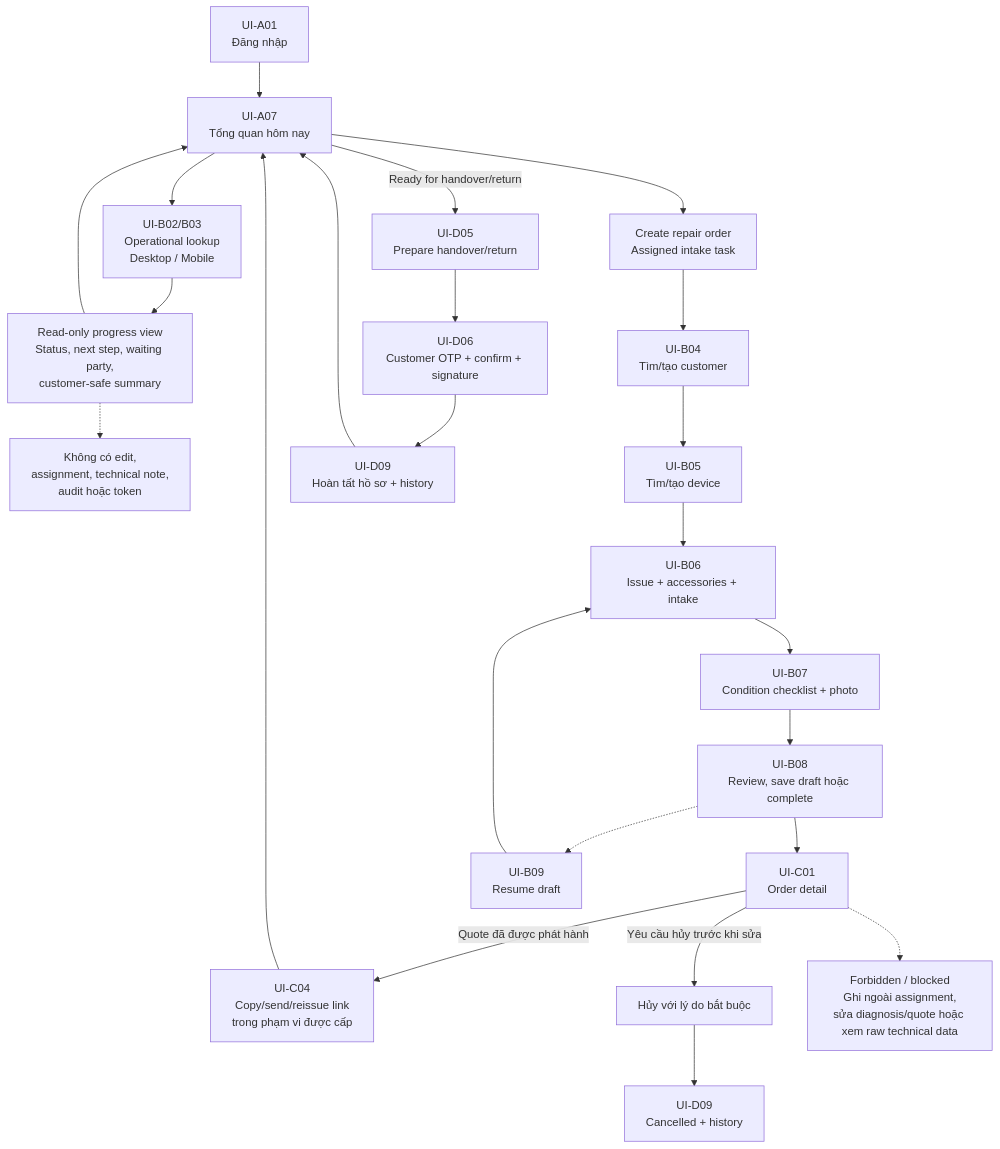
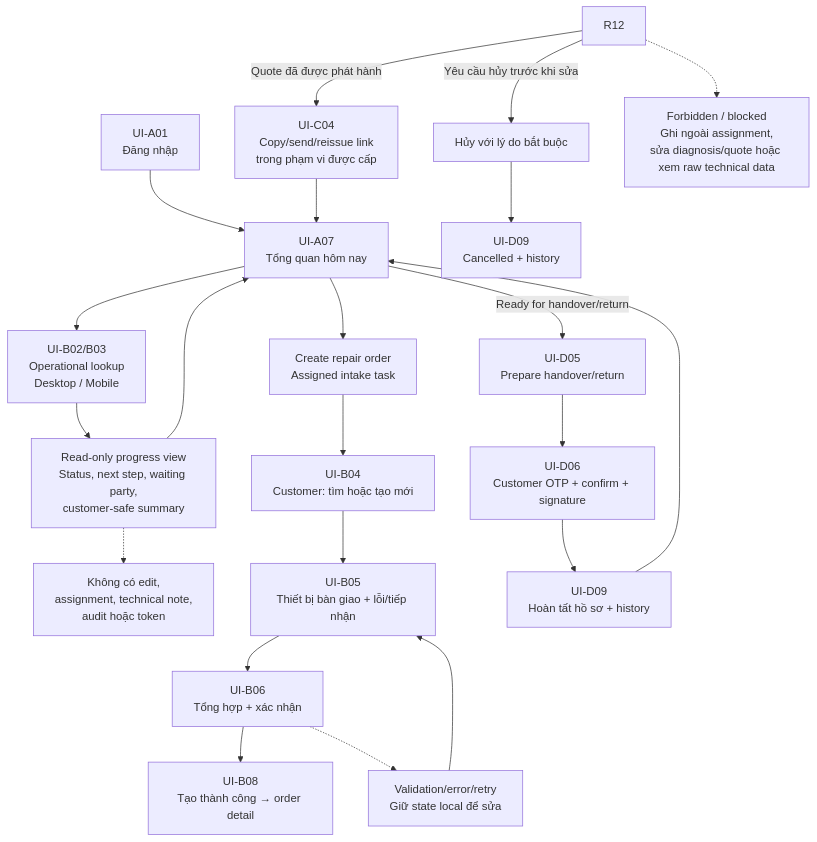
Before and after one commit to datdt03/DOTHANHDAT_INTERN_01278: the second of 4 diagrams in docs/v0/06-ui-requirements.md, drawn with Mermaid. The commit also changed other lines of this file and 10 other files, not shown here.

First line of the commit message:
feat(workflow): implement repair intake workflow for customer and device management

````diff
--- a/docs/v0/06-ui-requirements.md
+++ b/docs/v0/06-ui-requirements.md
@@ -158,32 +156,30 @@
 ```mermaid
 flowchart TD
     R01["UI-A01<br/>Đăng nhập"] --> R02["UI-A07<br/>Tổng quan hôm nay"]
 
     R02 --> R03["UI-B02/B03<br/>Operational lookup<br/>Desktop / Mobile"]
     R03 --> R04["Read-only progress view<br/>Status, next step, waiting party,<br/>customer-safe summary"]
     R04 -.-> R05["Không có edit,<br/>assignment, technical note,<br/>audit hoặc token"]
 
     R02 --> R06["Create repair order<br/>Assigned intake task"]
-    R06 --> R07["UI-B04<br/>Tìm/tạo customer"]
-    R07 --> R08["UI-B05<br/>Tìm/tạo device"]
-    R08 --> R09["UI-B06<br/>Issue + accessories + intake"]
-    R09 --> R10["UI-B07<br/>Condition checklist + photo"]
-    R10 --> R11["UI-B08<br/>Review, save draft hoặc complete"]
-    R11 --> R12["UI-C01<br/>Order detail"]
-    R11 -.-> R13["UI-B09<br/>Resume draft"]
-    R13 --> R09
+    R06 --> R07["UI-B04<br/>Customer: tìm hoặc tạo mới"]
+    R07 --> R08["UI-B05<br/>Thiết bị bàn giao + lỗi/tiếp nhận"]
+    R08 --> R09["UI-B06<br/>Tổng hợp + xác nhận"]
+    R09 --> R10["UI-B08<br/>Tạo thành công → order detail"]
+    R09 -.-> R11["Validation/error/retry<br/>Giữ state local để sửa"]
+    R11 --> R08
 
     R12 -->|Quote đã được phát hành| R14["UI-C04<br/>Copy/send/reissue link<br/>trong phạm vi được cấp"]
     R12 -->|Yêu cầu hủy trước khi sửa| R15["Hủy với lý do bắt buộc"]
     R15 --> R16["UI-D09<br/>Cancelled + history"]
 
     R02 -->|Ready for handover/return| R17["UI-D05<br/>Prepare handover/return"]
     R17 --> R18["UI-D06<br/>Customer OTP + confirm + signature"]
     R18 --> R19["UI-D09<br/>Hoàn tất hồ sơ + history"]
 
     R14 --> R02
     R04 --> R02
     R19 --> R02
 
     R12 -.-> R20["Forbidden / blocked<br/>Ghi ngoài assignment,<br/>sửa diagnosis/quote hoặc xem raw technical data"]
 ```
````
